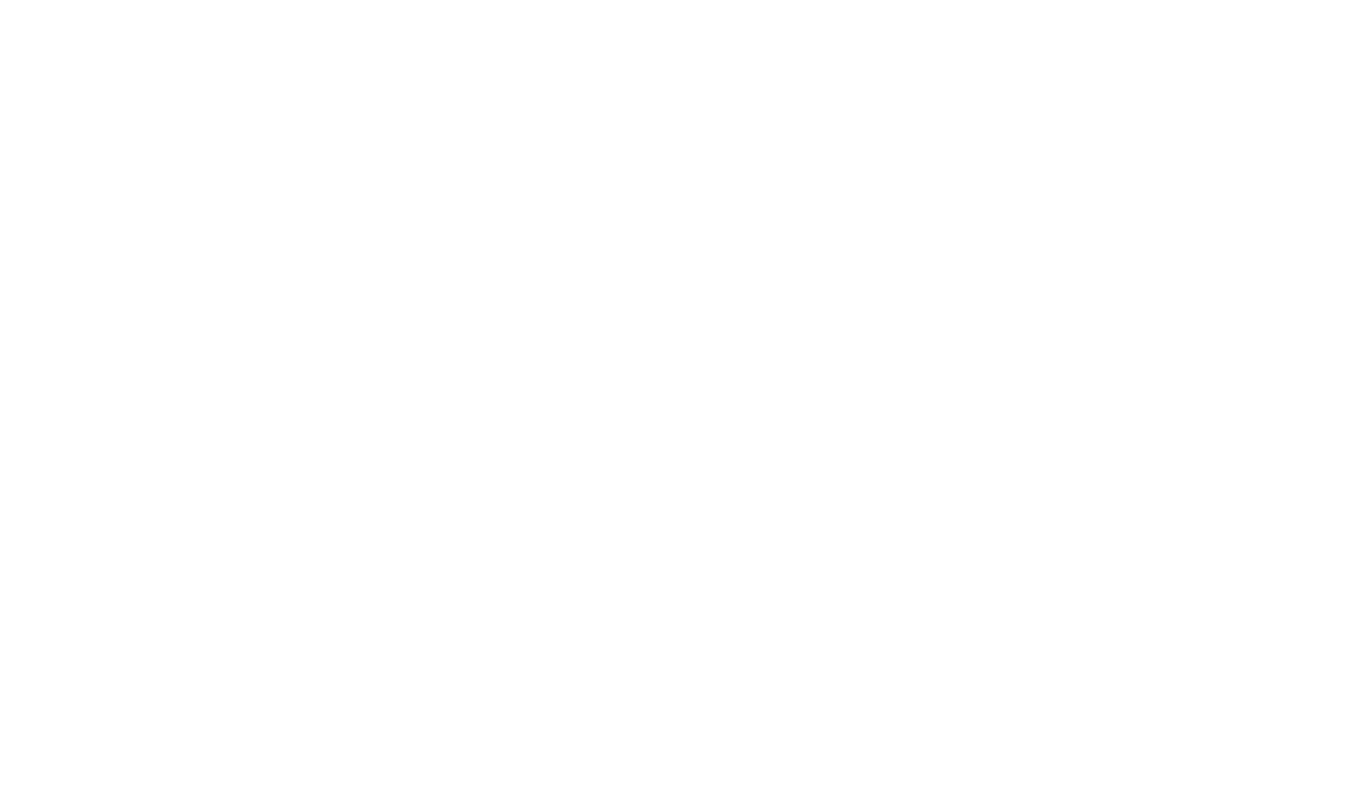
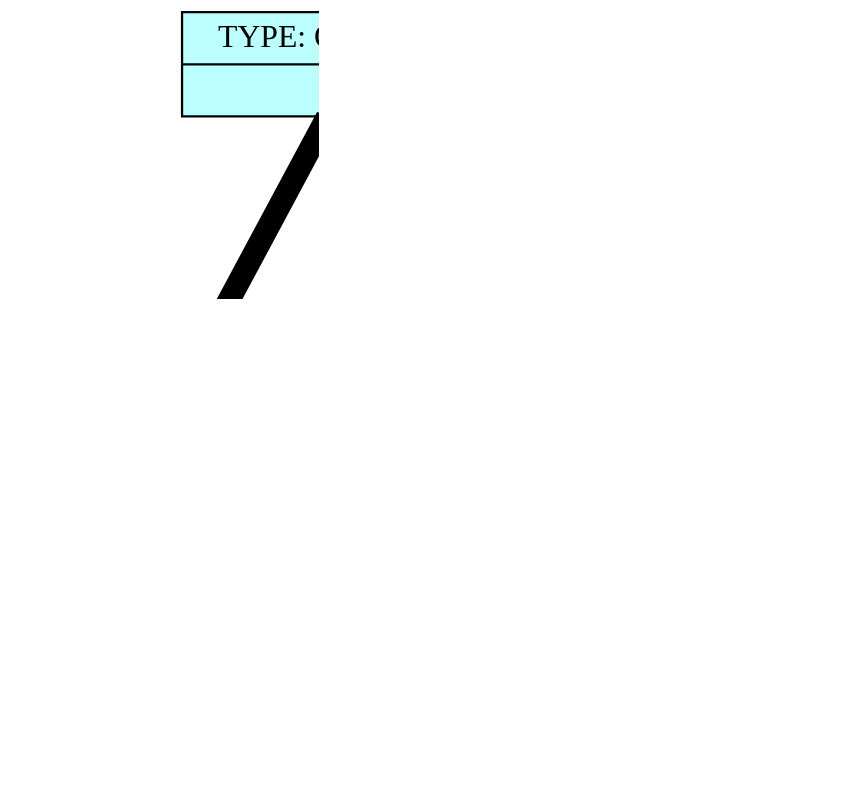
One commit to Troll0ton/Differentiator changed the diagram in dump/list_graph.dot. Above: the diagram before and after it, drawn with Graphviz. The commit also changed 79 other files, not shown here.

```diff
--- a/dump/list_graph.dot
+++ b/dump/list_graph.dot
@@ -1,26 +1,20 @@
 digraph structs {    
 rankdir = TB;        
 graph [dpi = 200];   
 ranksep = 1.5;       
 edge[penwidth = 10]; 
 cell0 [style = filled, color = black, shape=record, 
 fillcolor = paleturquoise1, label = " { <ptr> TYPE: OPERATION | +} " ];                         
 cell1 [style = filled, color = black, shape=record, 
+fillcolor = coral2, label = " { <ptr> TYPE: NUMERIC | 677} " ];                         
+cell2 [style = filled, color = black, shape=record, 
 fillcolor = paleturquoise1, label = " { <ptr> TYPE: OPERATION | *} " ];                         
-cell2 [style = filled, color = black, shape=record, 
-fillcolor = coral2, label = " { <ptr> TYPE: NUMERIC | 1} " ];                         
 cell3 [style = filled, color = black, shape=record, 
-fillcolor = coral2, label = " { <ptr> TYPE: NUMERIC | 49} " ];                         
+fillcolor = coral2, label = " { <ptr> TYPE: NUMERIC | 5454} " ];                         
 cell4 [style = filled, color = black, shape=record, 
-fillcolor = paleturquoise1, label = " { <ptr> TYPE: OPERATION | *} " ];                         
-cell5 [style = filled, color = black, shape=record, 
-fillcolor = darkolivegreen2, label = " { <ptr> TYPE: VARIABLE | z} " ];                         
-cell6 [style = filled, color = black, shape=record, 
-fillcolor = coral2, label = " { <ptr> TYPE: NUMERIC | 0} " ];                         
+fillcolor = darkolivegreen2, label = " { <ptr> TYPE: VARIABLE | x} " ];                         
 cell0 -> cell1;
-cell1 -> cell2;
-cell1 -> cell3;
-cell0 -> cell4;
-cell4 -> cell5;
-cell4 -> cell6;
+cell0 -> cell2;
+cell2 -> cell3;
+cell2 -> cell4;
 }
```
